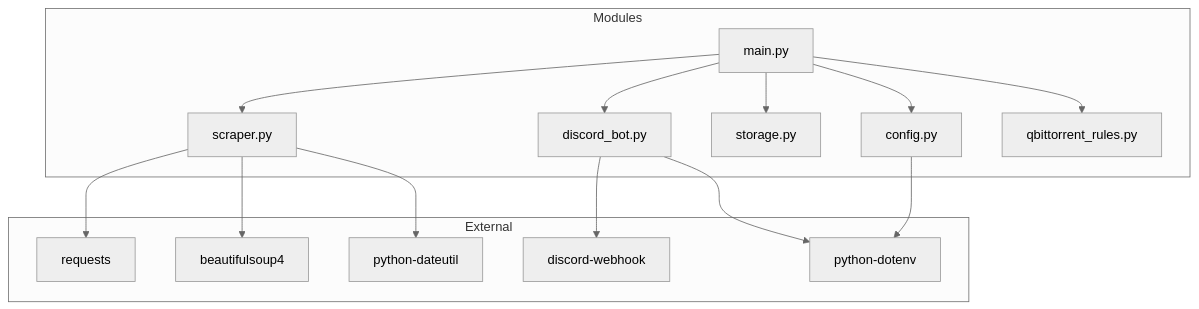
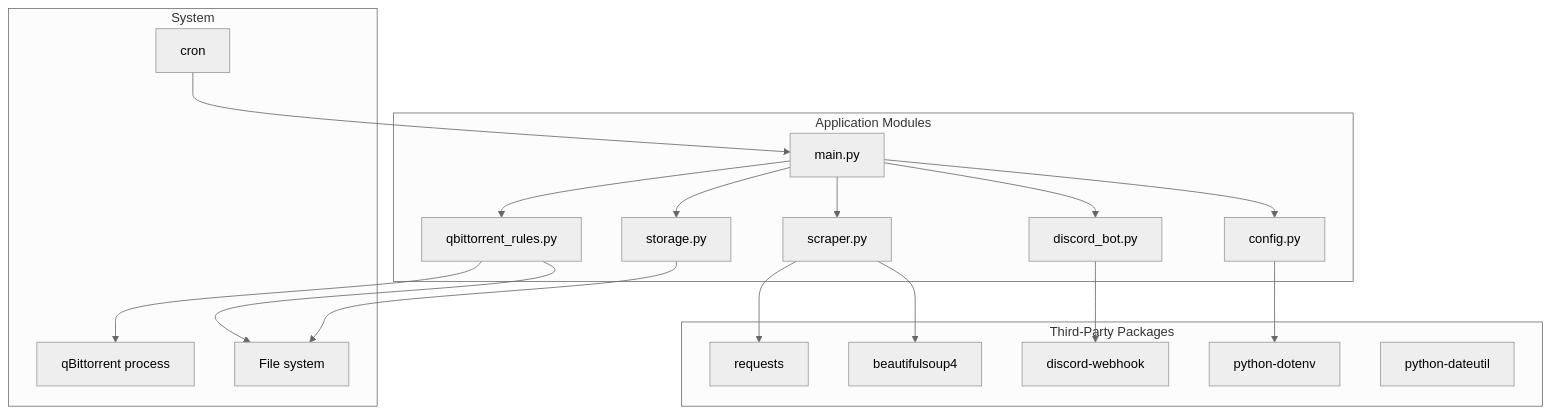
One commit to frankenwino/guardian-seven-best-shows-monitor changed the diagram in .agents/summary/dependencies.md. Above: the diagram before and after it, drawn with Mermaid (neutral theme). The commit also changed other lines of this file and 12 other files, not shown here.

````diff
--- a/.agents/summary/dependencies.md
+++ b/.agents/summary/dependencies.md
@@ -41,31 +39,40 @@
 ```mermaid
 graph TD
-    subgraph External
-        REQUESTS[requests]
-        BS4[beautifulsoup4]
-        DATEUTIL[python-dateutil]
-        DISCORD_WH[discord-webhook]
-        DOTENV[python-dotenv]
-    end
-
-    subgraph Modules
-        CONFIG[config.py]
+    subgraph "Application Modules"
+        MAIN[main.py]
         SCRAPER[scraper.py]
         STORAGE[storage.py]
         DISCORD[discord_bot.py]
         QBT[qbittorrent_rules.py]
-        MAIN[main.py]
+        CONFIG[config.py]
     end
 
-    CONFIG --> DOTENV
-    SCRAPER --> REQUESTS
-    SCRAPER --> BS4
-    SCRAPER --> DATEUTIL
-    DISCORD --> DISCORD_WH
-    DISCORD --> DOTENV
-    MAIN --> CONFIG
+    subgraph "Third-Party Packages"
+        REQ[requests]
+        BS4[beautifulsoup4]
+        DW[discord-webhook]
+        DOTENV[python-dotenv]
+        DATEUTIL[python-dateutil]
+    end
+
+    subgraph "System"
+        CRON[cron]
+        QBTPROC[qBittorrent process]
+        FS[File system]
+    end
+
     MAIN --> SCRAPER
     MAIN --> STORAGE
     MAIN --> DISCORD
     MAIN --> QBT
+    MAIN --> CONFIG
+
+    SCRAPER --> REQ
+    SCRAPER --> BS4
+    DISCORD --> DW
+    CONFIG --> DOTENV
+    QBT --> FS
+    QBT --> QBTPROC
+    STORAGE --> FS
+    CRON --> MAIN
 ```
````
